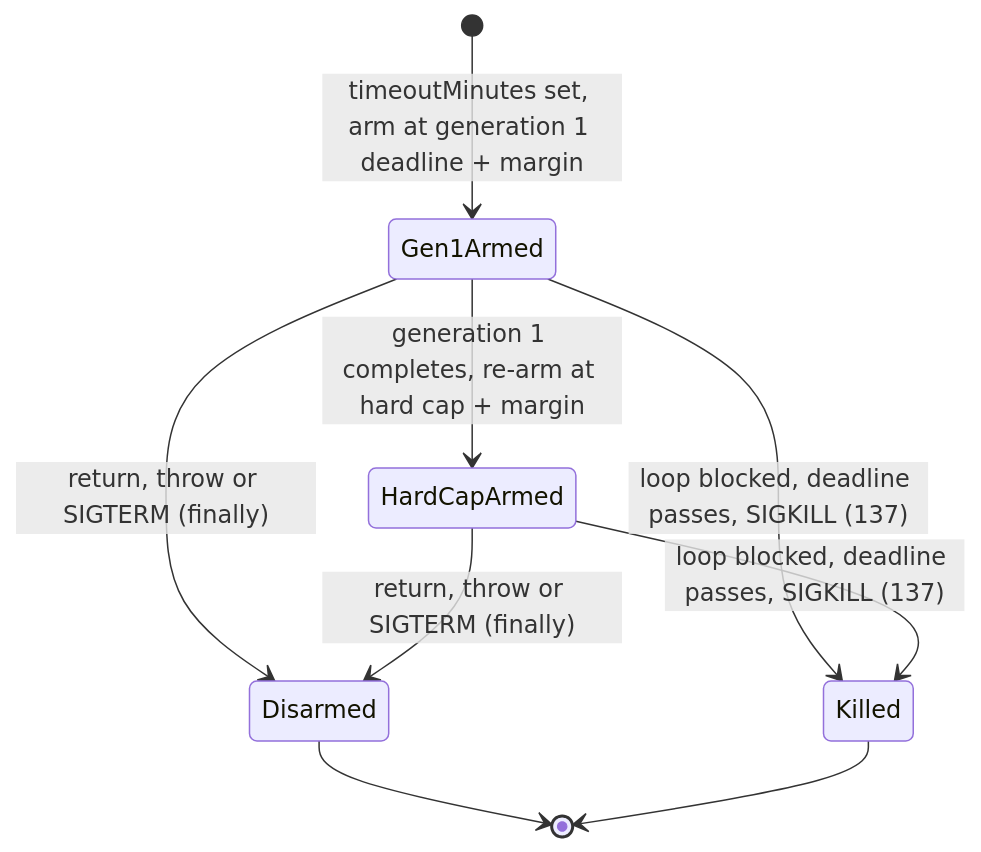
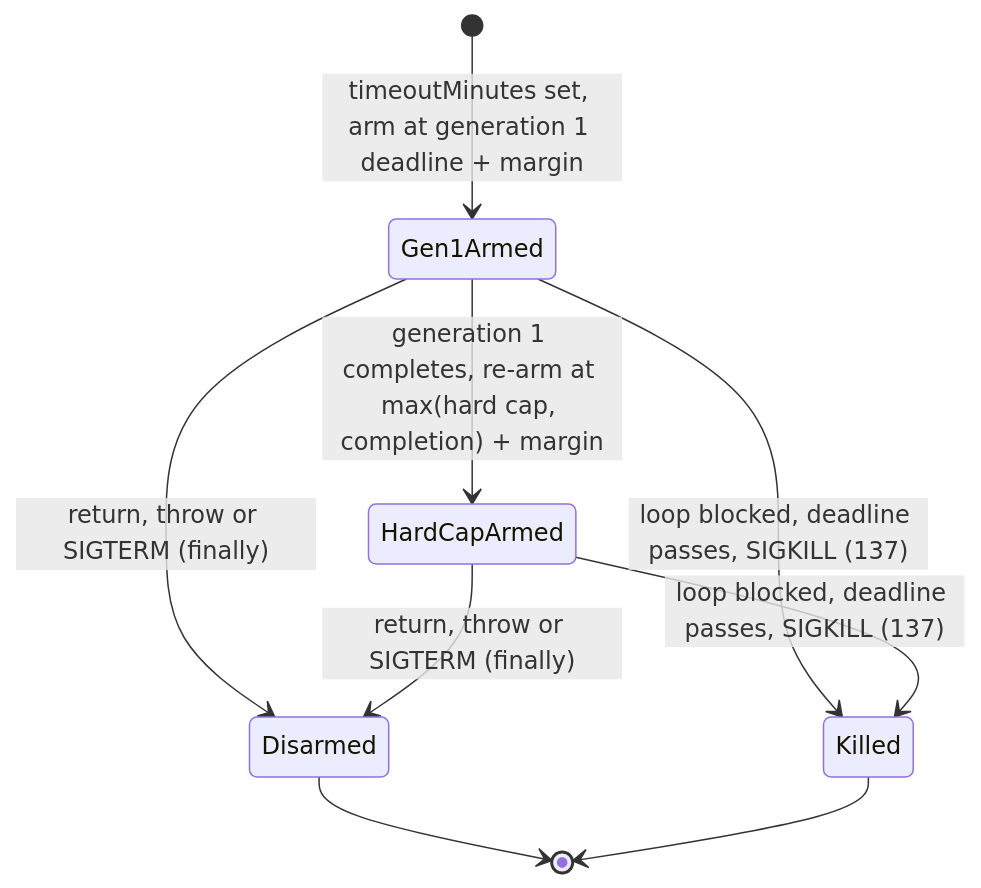
The second of 2 diagrams in docs/TIMEOUTS.md (stSoftwareAU/NEAT-AI), drawn with Mermaid before and after one commit. The commit also changed other lines of this file and 11 other files, not shown here.

````diff
--- a/docs/TIMEOUTS.md
+++ b/docs/TIMEOUTS.md
@@ -425,11 +511,11 @@
 ```mermaid
 stateDiagram-v2
     [*] --> Gen1Armed: timeoutMinutes set, arm at generation 1 deadline + margin
-    Gen1Armed --> HardCapArmed: generation 1 completes, re-arm at hard cap + margin
+    Gen1Armed --> HardCapArmed: generation 1 completes, re-arm at max(hard cap, completion) + margin
     Gen1Armed --> Disarmed: return, throw or SIGTERM (finally)
     HardCapArmed --> Disarmed: return, throw or SIGTERM (finally)
     Gen1Armed --> Killed: loop blocked, deadline passes, SIGKILL (137)
     HardCapArmed --> Killed: loop blocked, deadline passes, SIGKILL (137)
     Disarmed --> [*]
     Killed --> [*]
 ```
````
